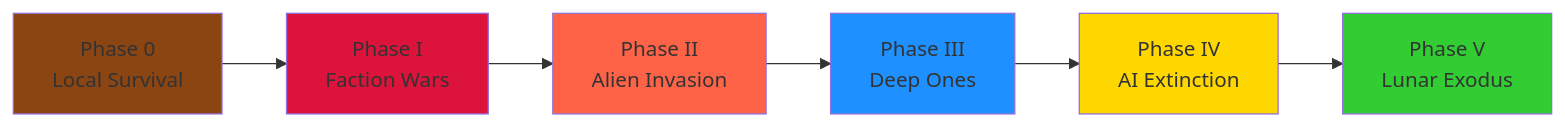
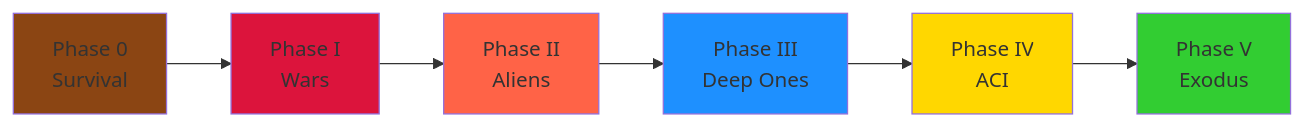
The first of 2 diagrams in wiki/story/README.md (Bladum/AlienFall), drawn with Mermaid before and after one commit. The commit also changed other lines of this file, not shown here.

Commit message:
Revise README for clarity and structure: updated section titles, improved navigation, and streamlined content for better user experience. Enhanced Mermaid diagrams and added visual elements to support storytelling.

````diff
--- a/wiki/story/README.md
+++ b/wiki/story/README.md
@@ -29,15 +29,15 @@
 ```mermaid
 graph LR
-    A["Phase 0<br/>Local Survival"] --> B["Phase I<br/>Faction Wars"]
-    B --> C["Phase II<br/>Alien Invasion"]
+    A["Phase 0<br/>Survival"] --> B["Phase I<br/>Wars"]
+    B --> C["Phase II<br/>Aliens"]
     C --> D["Phase III<br/>Deep Ones"]
-    D --> E["Phase IV<br/>AI Extinction"]
-    E --> F["Phase V<br/>Lunar Exodus"]
+    D --> E["Phase IV<br/>ACI"]
+    E --> F["Phase V<br/>Exodus"]
     
     style A fill:#8B4513
     style B fill:#DC143C
     style C fill:#FF6347
     style D fill:#1E90FF
     style E fill:#FFD700
     style F fill:#32CD32
 ```
````
